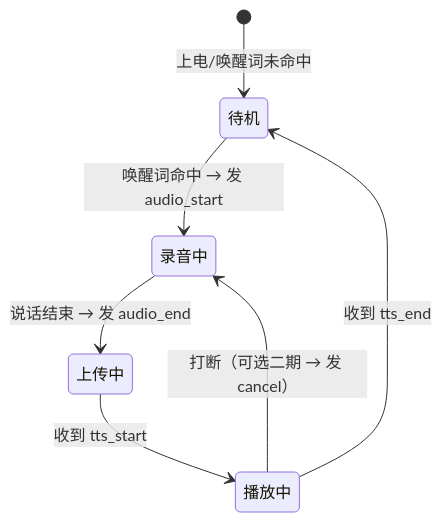
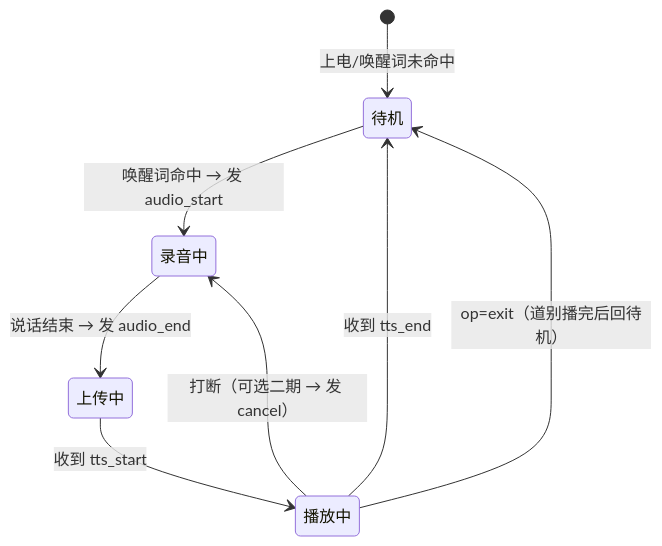
The second of 2 diagrams in ESP32_README.md (Hongzhen-Liang/Viora), drawn with Mermaid before and after one commit. The commit also changed other lines of this file and 7 other files, not shown here.

````diff
--- a/ESP32_README.md
+++ b/ESP32_README.md
@@ -100,9 +102,10 @@
 ```mermaid
 stateDiagram-v2
     [*] --> 待机: 上电/唤醒词未命中
     待机 --> 录音中: 唤醒词命中 → 发 audio_start
     录音中 --> 上传中: 说话结束 → 发 audio_end
     上传中 --> 播放中: 收到 tts_start
     播放中 --> 待机: 收到 tts_end
+    播放中 --> 待机: op=exit（道别播完后回待机）
     播放中 --> 录音中: 打断（可选二期 → 发 cancel）
 ```
````
